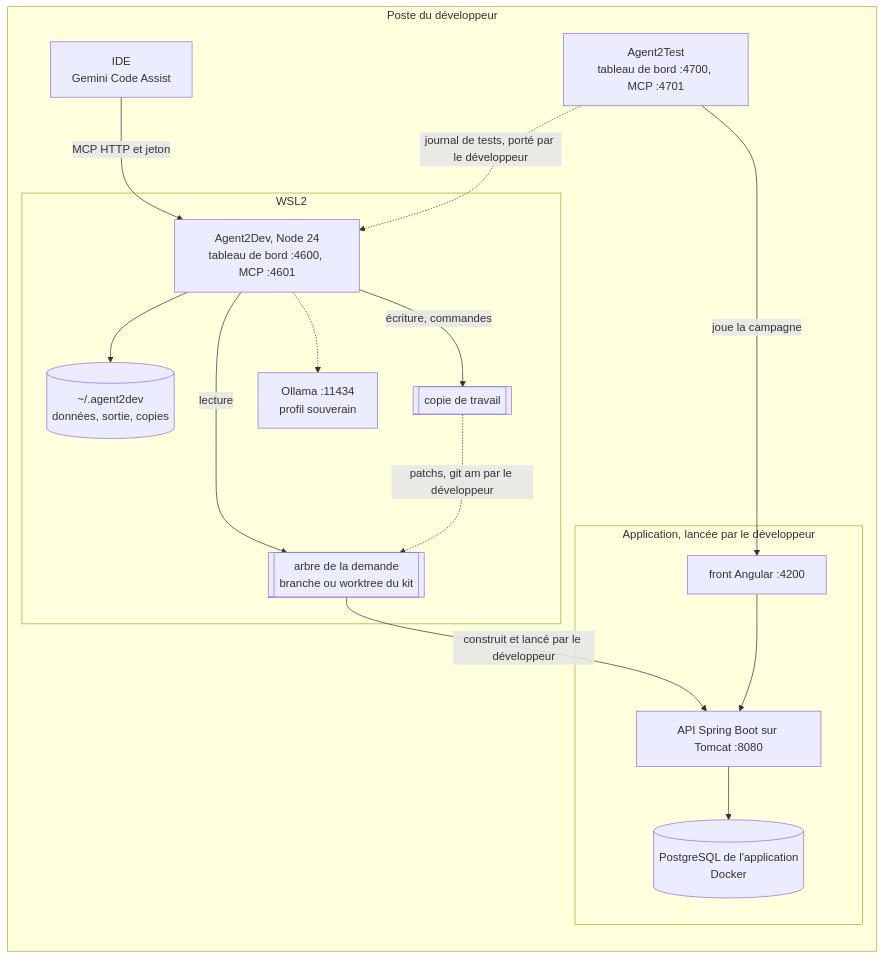
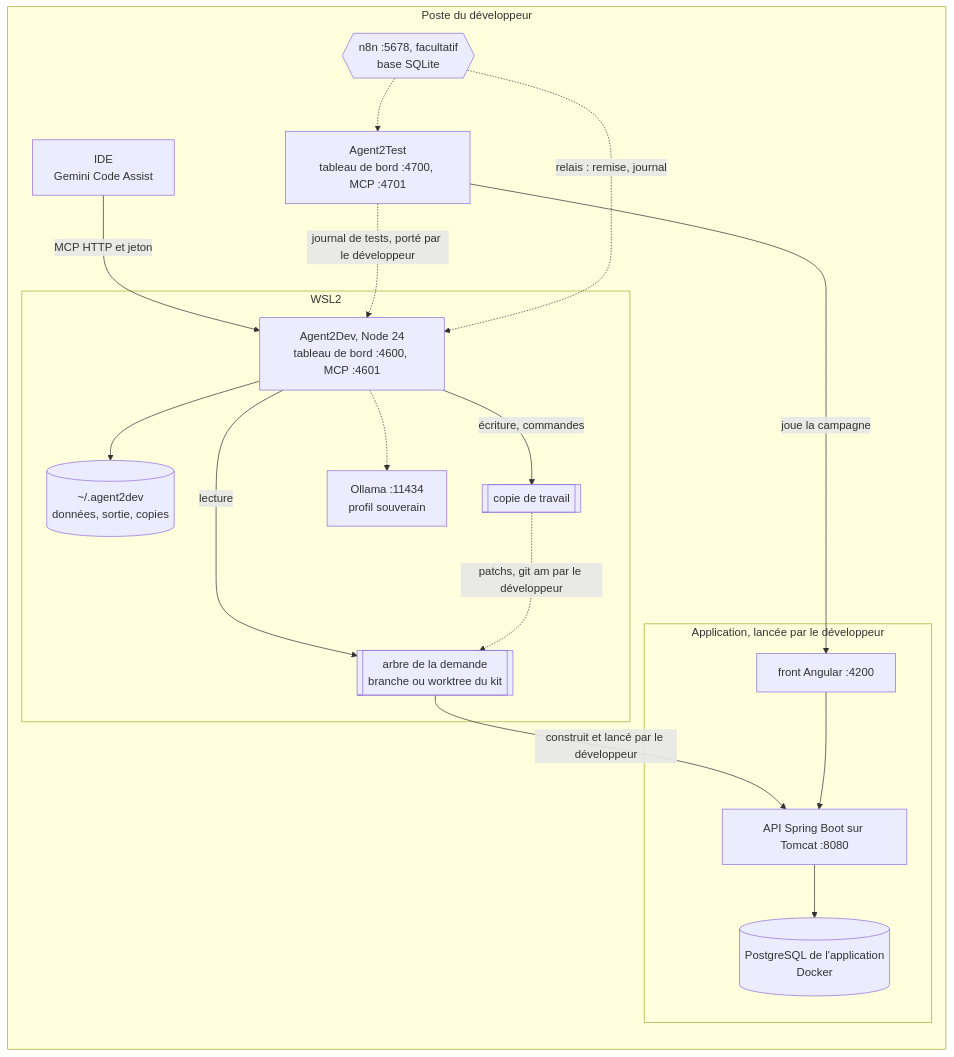
The diagram in specs/agent2dev/modules/exploitation/SKILL.md (FredGarcia/Agent2Prompt), drawn with Mermaid before and after one commit. The commit also changed other lines of this file and 43 other files, not shown here.

````diff
--- a/specs/agent2dev/modules/exploitation/SKILL.md
+++ b/specs/agent2dev/modules/exploitation/SKILL.md
@@ -14,29 +14,32 @@
 ```mermaid
 flowchart LR
   subgraph POSTE["Poste du développeur"]
     VSC["IDE<br/>Gemini Code Assist"]
     subgraph WSL["WSL2"]
       NODE["Agent2Dev, Node 24<br/>tableau de bord :4600, MCP :4601"]
       DATA[("~/.agent2dev<br/>données, sortie, copies")]
       ARBRE[["arbre de la demande<br/>branche ou worktree du kit"]]
       COPIE[["copie de travail"]]
       OLL["Ollama :11434<br/>profil souverain"]
     end
     subgraph APPLI["Application, lancée par le développeur"]
       API["API Spring Boot sur Tomcat :8080"]
       NG["front Angular :4200"]
       PGA[("PostgreSQL de l'application<br/>Docker")]
     end
     A2T["Agent2Test<br/>tableau de bord :4700, MCP :4701"]
+    N8N{{"n8n :5678, facultatif<br/>base SQLite"}}
   end
   VSC -->|"MCP HTTP et jeton"| NODE
   NODE --> DATA
   NODE -->|"lecture"| ARBRE
   NODE -->|"écriture, commandes"| COPIE
   COPIE -.->|"patchs, git am par le développeur"| ARBRE
   NODE -.-> OLL
   ARBRE -->|"construit et lancé par le développeur"| API
   NG --> API --> PGA
   A2T -->|"joue la campagne"| NG
   A2T -.->|"journal de tests, porté par le développeur"| NODE
+  N8N -.->|"relais : remise, journal"| NODE
+  N8N -.-> A2T
 ```
````
